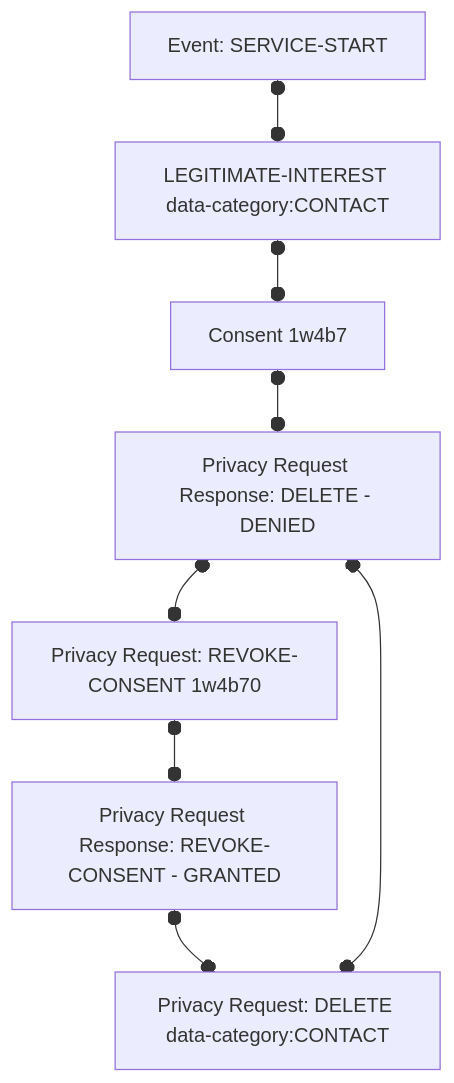
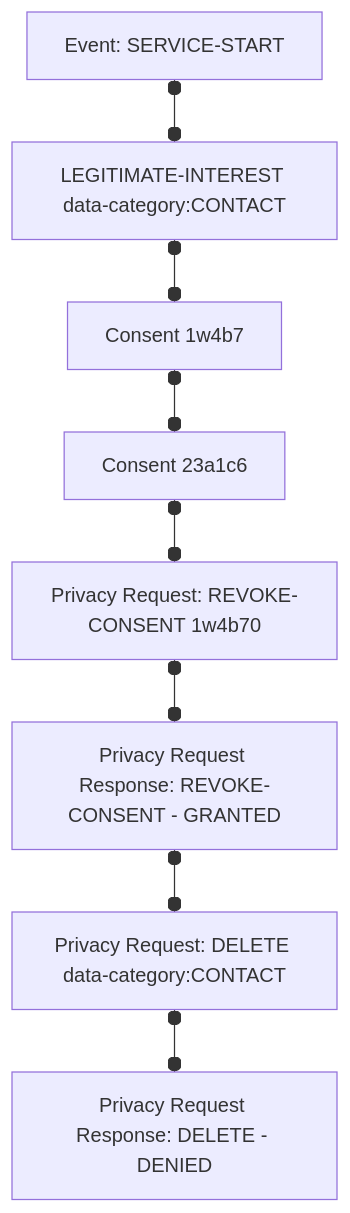
One commit to blindnet-io/devrel-management changed the diagram in docs/use-cases/insurance.md. Above: the diagram before and after it, drawn with Mermaid. The commit also changed other lines of this file, not shown here.

````diff
--- a/docs/use-cases/insurance.md
+++ b/docs/use-cases/insurance.md
@@ -49,4 +49,4 @@
 ```mermaid
 flowchart TD
-        A[Event: SERVICE-START] o--o C[LEGITIMATE-INTEREST data-category:CONTACT] o--o D[Consent 1w4b7] o--o E[Consent 23a1c6] o--o F[Privacy Request: REVOKE-CONSENT 1w4b70] o--o G[Privacy Request Response: REVOKE-CONSENT - GRANTED] o--o H[Privacy Request: DELETE data-category:CONTACT] o--o E[Privacy Request Response: DELETE - DENIED]
+        A[Event: SERVICE-START] o--o B[LEGITIMATE-INTEREST data-category:CONTACT] o--o C[Consent 1w4b7] o--o D[Consent 23a1c6] o--o E[Privacy Request: REVOKE-CONSENT 1w4b70] o--o F[Privacy Request Response: REVOKE-CONSENT - GRANTED] o--o G[Privacy Request: DELETE data-category:CONTACT] o--o H[Privacy Request Response: DELETE - DENIED]
 ```
````
